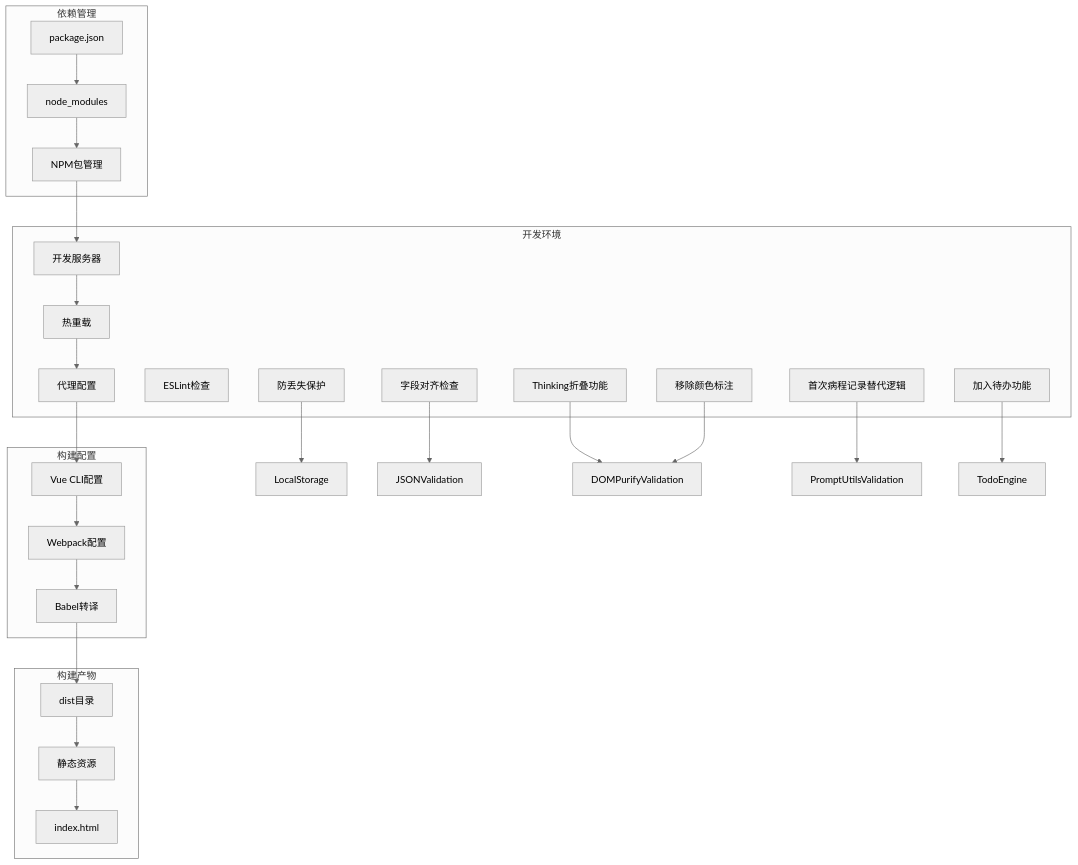
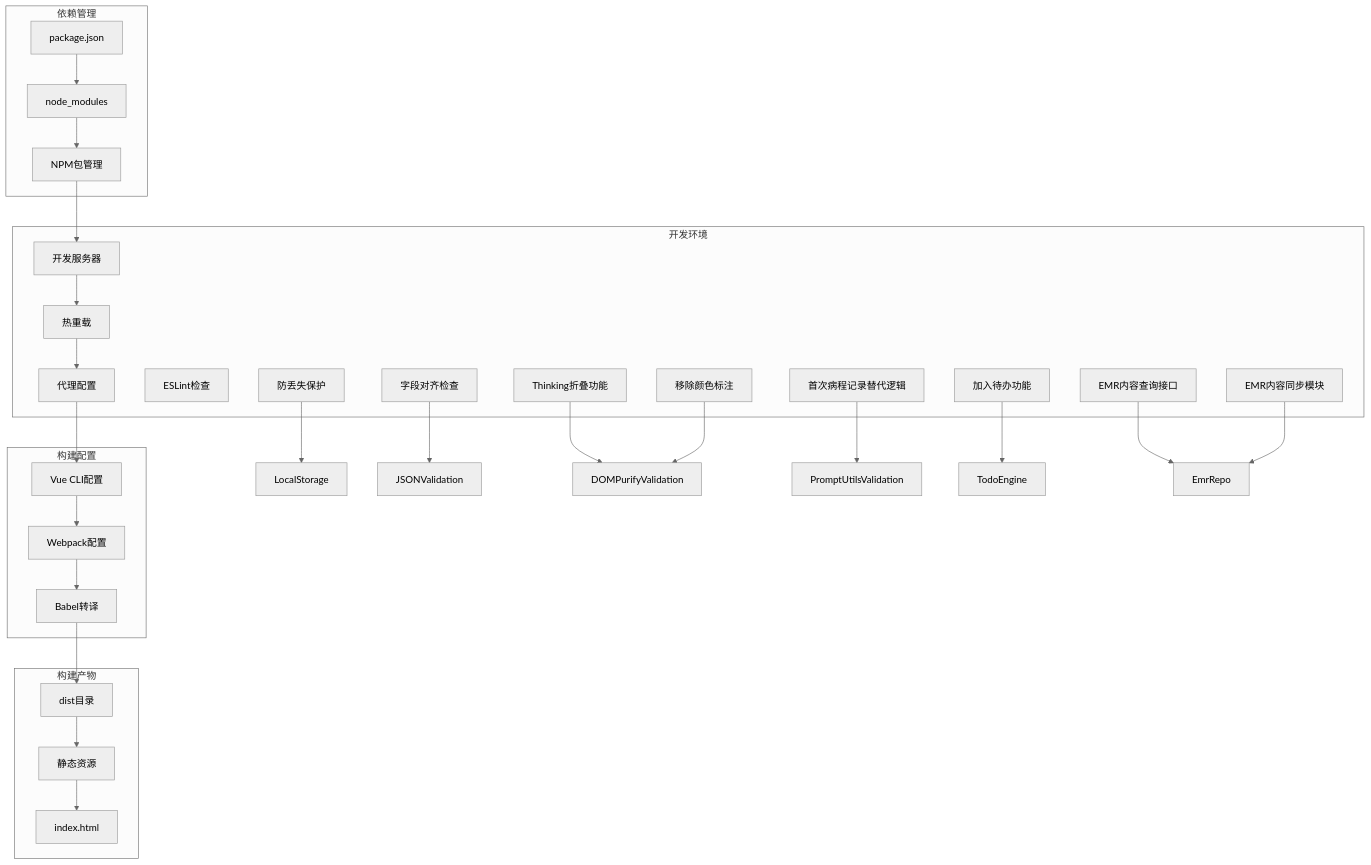
Diagram 15 of 17 in .qoder/repowiki/zh/content/Medical Record Operation Guide.md (liuzh2008/med_ai_assistant_workspace), drawn with Mermaid (neutral theme) before and after one commit. The commit also changed other lines of this file and 4 other files, not shown here.

````diff
--- a/.qoder/repowiki/zh/content/Medical Record Operation Guide.md
+++ b/.qoder/repowiki/zh/content/Medical Record Operation Guide.md
@@ -1738,47 +1987,51 @@
 ```mermaid
 graph TB
 subgraph "开发环境"
 DevServer[开发服务器]
 HotReload[热重载]
 Proxy[代理配置]
 ESLint[ESLint检查]
 DraftProtection[防丢失保护]
 FieldAlignment[字段对齐检查]
 ThinkingFold[Thinking折叠功能]
 FirstCourseSubstitute[首次病程记录替代逻辑]
 AddToTodo[加入待办功能]
 RemoveColorHighlight[移除颜色标注]
+EMRContentQuery[EMR内容查询接口]
+EMRContentSync[EMR内容同步模块]
 end
 subgraph "构建配置"
 VueCLI[Vue CLI配置]
 Webpack[Webpack配置]
 Babel[Babel转译]
 end
 subgraph "依赖管理"
 PackageJSON[package.json]
 NodeModules[node_modules]
 NPM[NPM包管理]
 end
 subgraph "构建产物"
 Dist[dist目录]
 Assets[静态资源]
 IndexHTML[index.html]
 end
 DevServer --> HotReload
 HotReload --> Proxy
 Proxy --> VueCLI
 VueCLI --> Webpack
 Webpack --> Babel
 Babel --> Dist
 PackageJSON --> NodeModules
 NodeModules --> NPM
 NPM --> DevServer
 Dist --> Assets
 Assets --> IndexHTML
 DraftProtection --> LocalStorage
 FieldAlignment --> JSONValidation
 ThinkingFold --> DOMPurifyValidation
 FirstCourseSubstitute --> PromptUtilsValidation
 AddToTodo --> TodoEngine
 RemoveColorHighlight --> DOMPurifyValidation
+EMRContentQuery --> EmrRepo
+EMRContentSync --> EmrRepo
 ```
````
